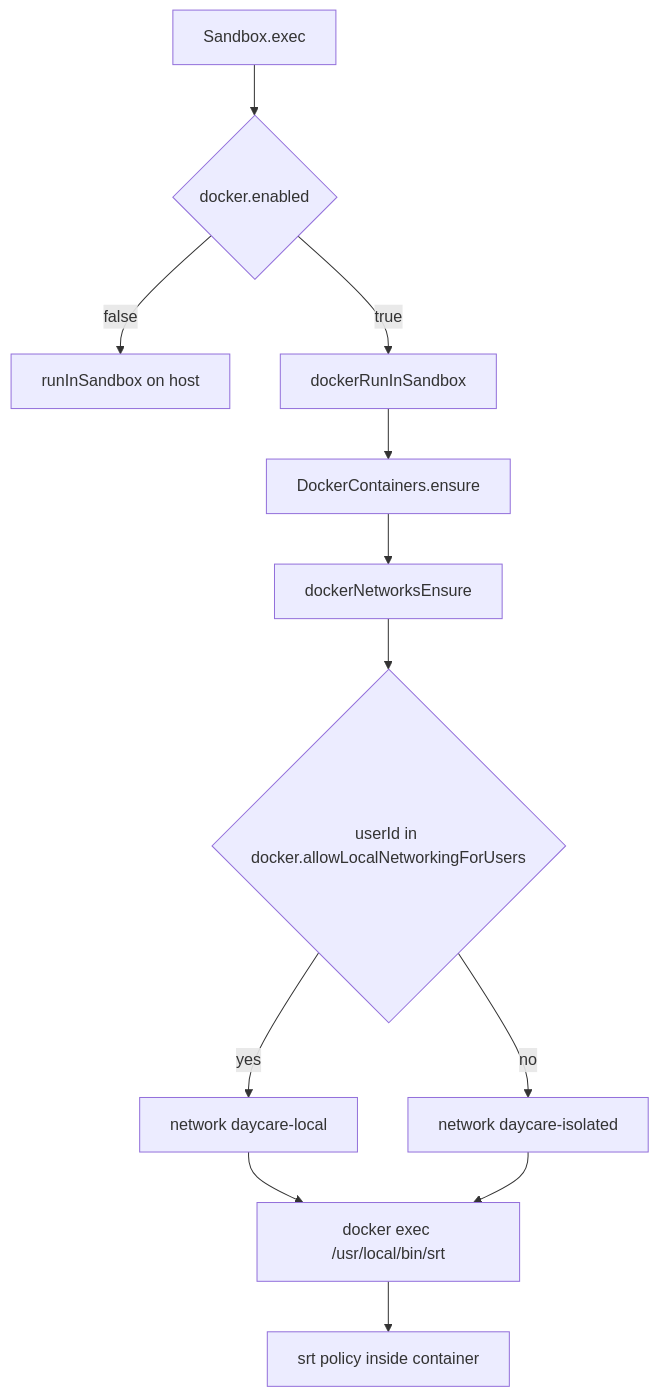
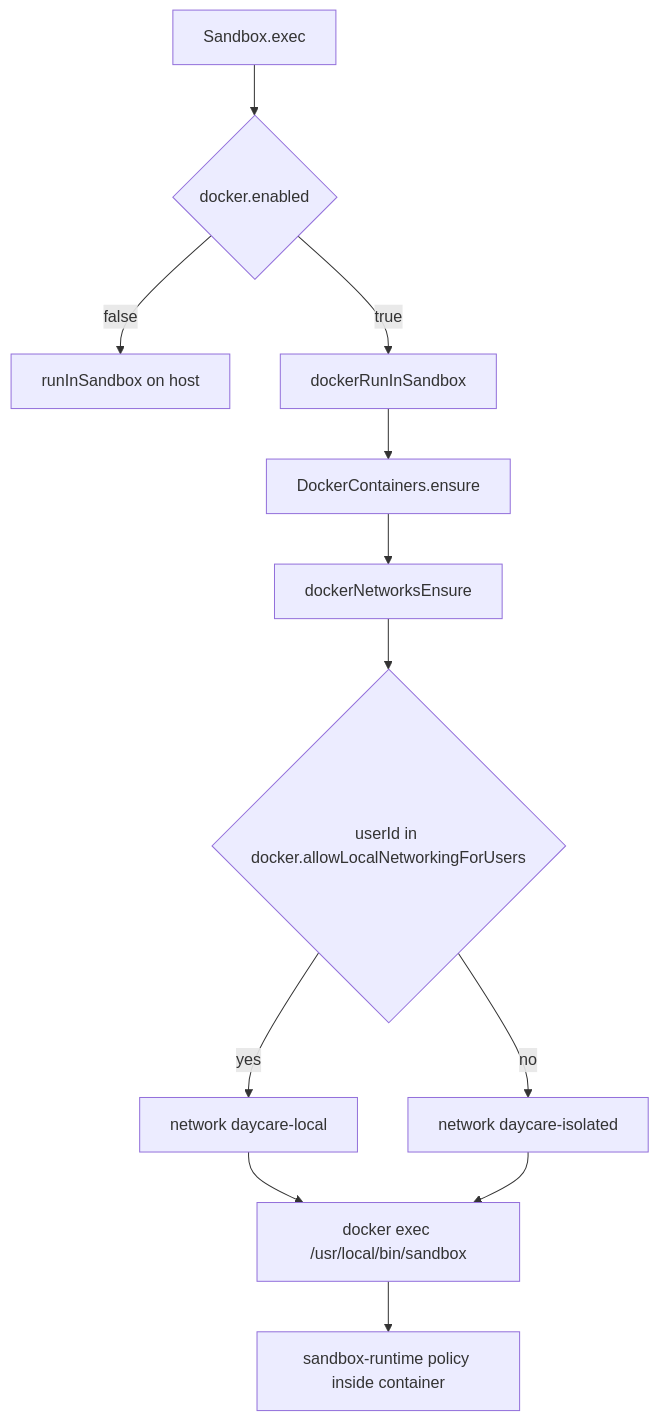
The first of 2 diagrams in packages/daycare/sources/sandbox/docker/README.md (ex3ndr/daycare), drawn with Mermaid before and after one commit. The commit also changed other lines of this file and 15 other files, not shown here.

````diff
--- a/packages/daycare/sources/sandbox/docker/README.md
+++ b/packages/daycare/sources/sandbox/docker/README.md
@@ -82,14 +82,14 @@
 ```mermaid
 graph TD
     A[Sandbox.exec] --> B{docker.enabled}
     B -->|false| C[runInSandbox on host]
     B -->|true| D[dockerRunInSandbox]
     D --> E[DockerContainers.ensure]
     E --> E1[dockerNetworksEnsure]
     E1 --> E2{userId in docker.allowLocalNetworkingForUsers}
     E2 -->|yes| E3[network daycare-local]
     E2 -->|no| E4[network daycare-isolated]
-    E3 --> F[docker exec /usr/local/bin/srt]
+    E3 --> F[docker exec /usr/local/bin/sandbox]
     E4 --> F
-    F --> G[srt policy inside container]
+    F --> G[sandbox-runtime policy inside container]
 ```
````
